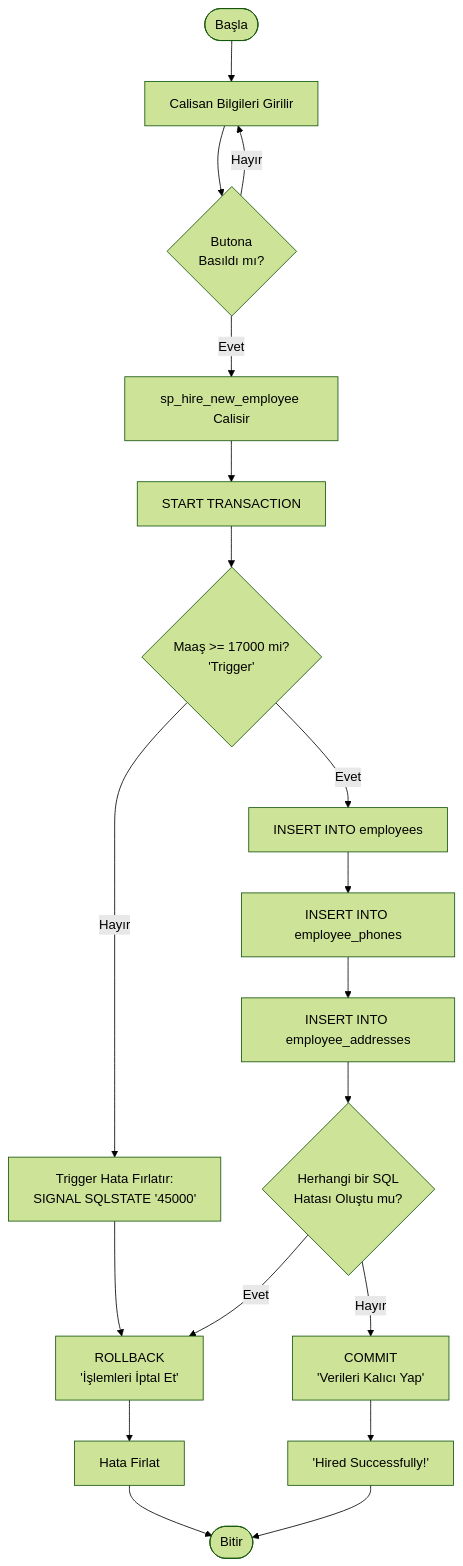
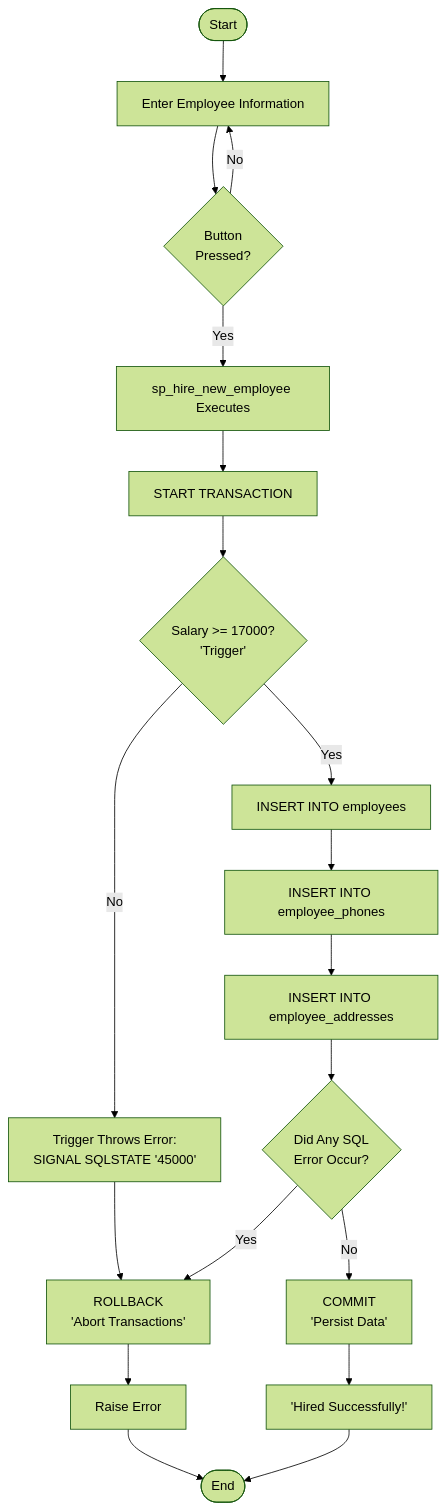
The first of 5 diagrams in README.md (Can-Vural/Mall_Managment_System), drawn with Mermaid (forest theme) before and after one commit. The commit also changed other lines of this file, not shown here.

````diff
--- a/README.md
+++ b/README.md
@@ -77,19 +84,19 @@
 ```mermaid
 flowchart TD
-    A([Başla]) --> B[Calisan Bilgileri Girilir]
-    B --> C{Butona\nBasıldı mı?}
-    C -- Hayır --> B
-    C -- Evet --> D[sp_hire_new_employee Calisir]
+    A([Start]) --> B[Enter Employee Information]
+    B --> C{Button\nPressed?}
+    C -- No --> B
+    C -- Yes --> D[sp_hire_new_employee Executes]
     D --> E[START TRANSACTION]
-    E --> F{Maaş >= 17000 mi?\n'Trigger'}
-    F -- Hayır --> G[Trigger Hata Fırlatır:\nSIGNAL SQLSTATE '45000']
-    G --> H[ROLLBACK\n'İşlemleri İptal Et']
-    H --> I[Hata Firlat] --> Z([Bitir])
-    F -- Evet --> J[INSERT INTO employees]
+    E --> F{Salary >= 17000?\n'Trigger'}
+    F -- No --> G[Trigger Throws Error:\nSIGNAL SQLSTATE '45000']
+    G --> H[ROLLBACK\n'Abort Transactions']
+    H --> I[Raise Error] --> Z([End])
+    F -- Yes --> J[INSERT INTO employees]
     J --> K[INSERT INTO employee_phones]
     K --> L[INSERT INTO employee_addresses]
-    L --> M{Herhangi bir SQL\nHatası Oluştu mu?}
-    M -- Evet --> H
-    M -- Hayır --> N[COMMIT\n'Verileri Kalıcı Yap']
+    L --> M{Did Any SQL\nError Occur?}
+    M -- Yes --> H
+    M -- No --> N[COMMIT\n'Persist Data']
     N --> O['Hired Successfully!'] --> Z
 ```
````
